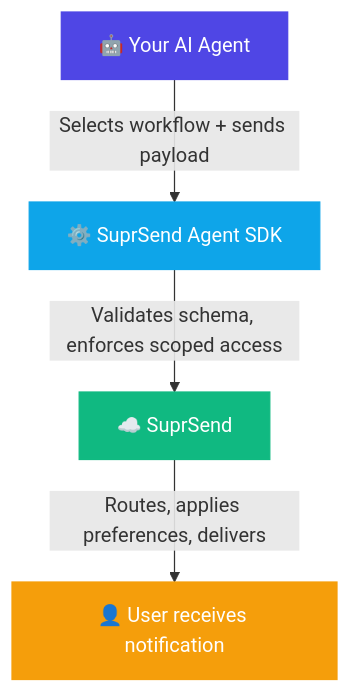
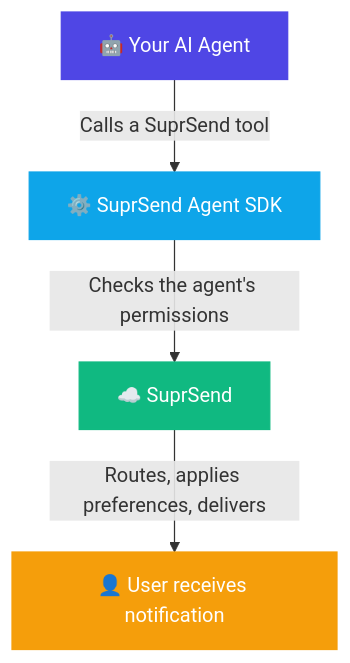
One commit to suprsend/documentation changed the diagram in reference/agent-sdk.mdx. Above: the diagram before and after it, drawn with Mermaid. The commit also changed other lines of this file and 40 other files, not shown here.

````diff
--- a/reference/agent-sdk.mdx
+++ b/reference/agent-sdk.mdx
@@ -20,11 +24,11 @@
 ```mermaid
 flowchart TD
-    A["🤖 Your AI Agent"] -->|"Selects workflow + sends payload"| B["⚙️ SuprSend Agent SDK"]
-    B -->|"Validates schema, enforces scoped access"| C["☁️ SuprSend"]
+    A["🤖 Your AI Agent"] -->|"Calls a SuprSend tool"| B["⚙️ SuprSend Agent SDK"]
+    B -->|"Checks the agent's permissions"| C["☁️ SuprSend"]
     C -->|"Routes, applies preferences, delivers"| D["👤 User receives notification"]
 
     style A fill:#4F46E5,stroke:#4F46E5,color:#fff
     style B fill:#0EA5E9,stroke:#0EA5E9,color:#fff
     style C fill:#10B981,stroke:#10B981,color:#fff
     style D fill:#F59E0B,stroke:#F59E0B,color:#fff
 ```
````
